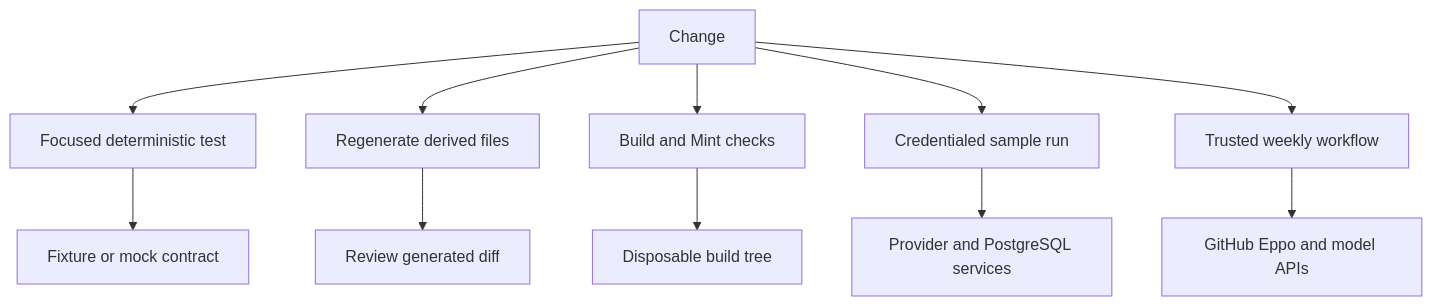
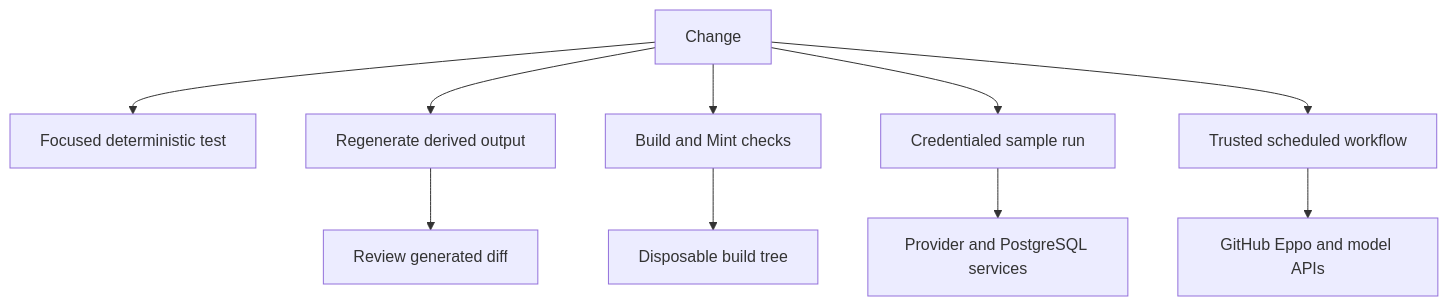
The first of 2 diagrams in openwiki/testing/test-overview.md (rishi-raj-jain/docs-1), drawn with Mermaid before and after one commit. The commit also changed other lines of this file and 30 other files, not shown here.

````diff
--- a/openwiki/testing/test-overview.md
+++ b/openwiki/testing/test-overview.md
@@ -48,13 +59,12 @@
 ```mermaid
 flowchart TD
   Change["Change"] --> Unit["Focused deterministic test"]
-  Unit --> Contract["Fixture or mock contract"]
-  Change --> Generated["Regenerate derived files"]
-  Generated --> Diff["Review generated diff"]
+  Change --> Derived["Regenerate derived output"]
+  Derived --> Diff["Review generated diff"]
   Change --> Docs["Build and Mint checks"]
   Docs --> Build["Disposable build tree"]
   Change --> Live["Credentialed sample run"]
   Live --> Services["Provider and PostgreSQL services"]
-  Change --> Weekly["Trusted weekly workflow"]
-  Weekly --> Remote["GitHub Eppo and model APIs"]
+  Change --> Automation["Trusted scheduled workflow"]
+  Automation --> Remote["GitHub Eppo and model APIs"]
 ```
````
